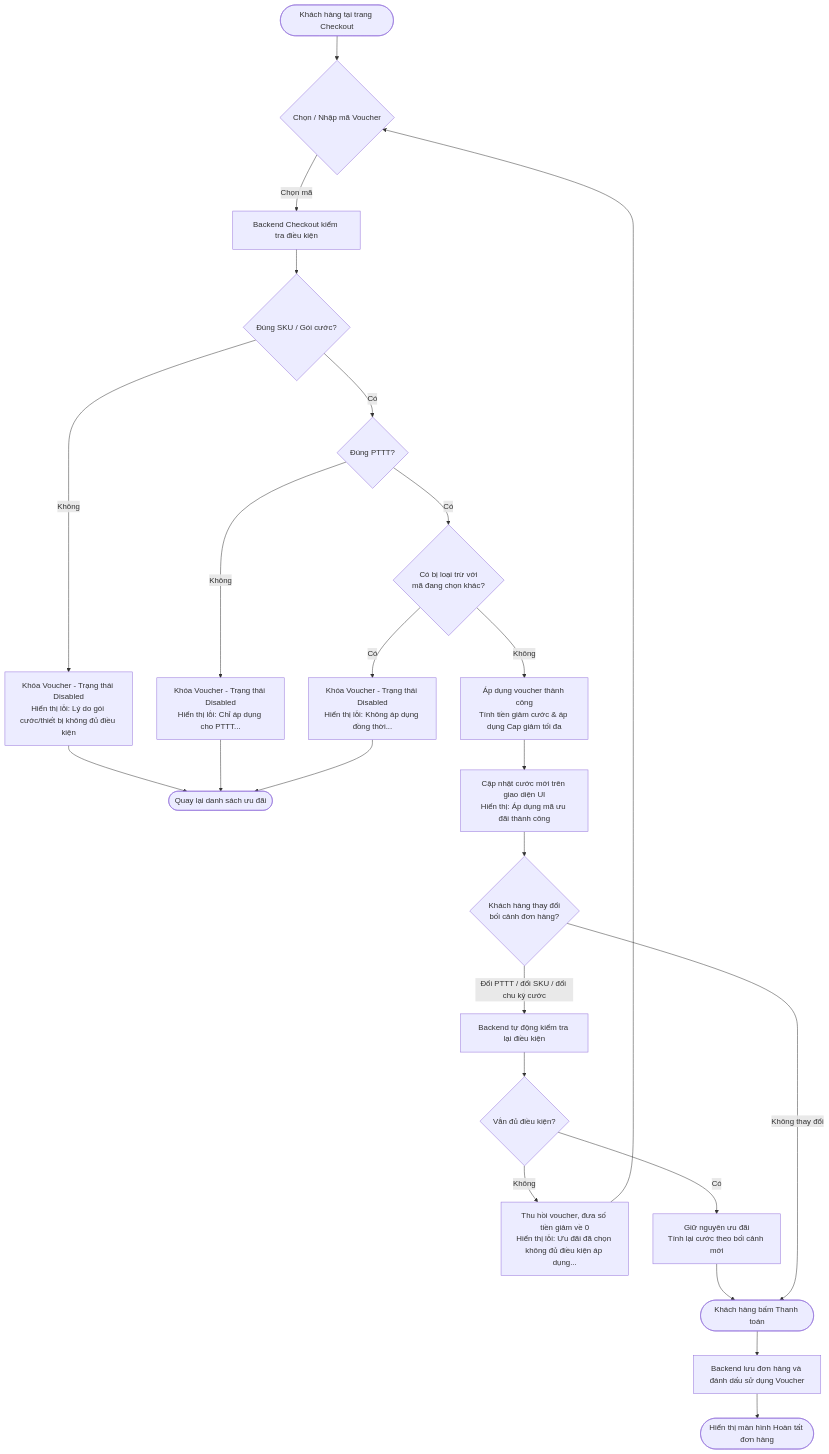
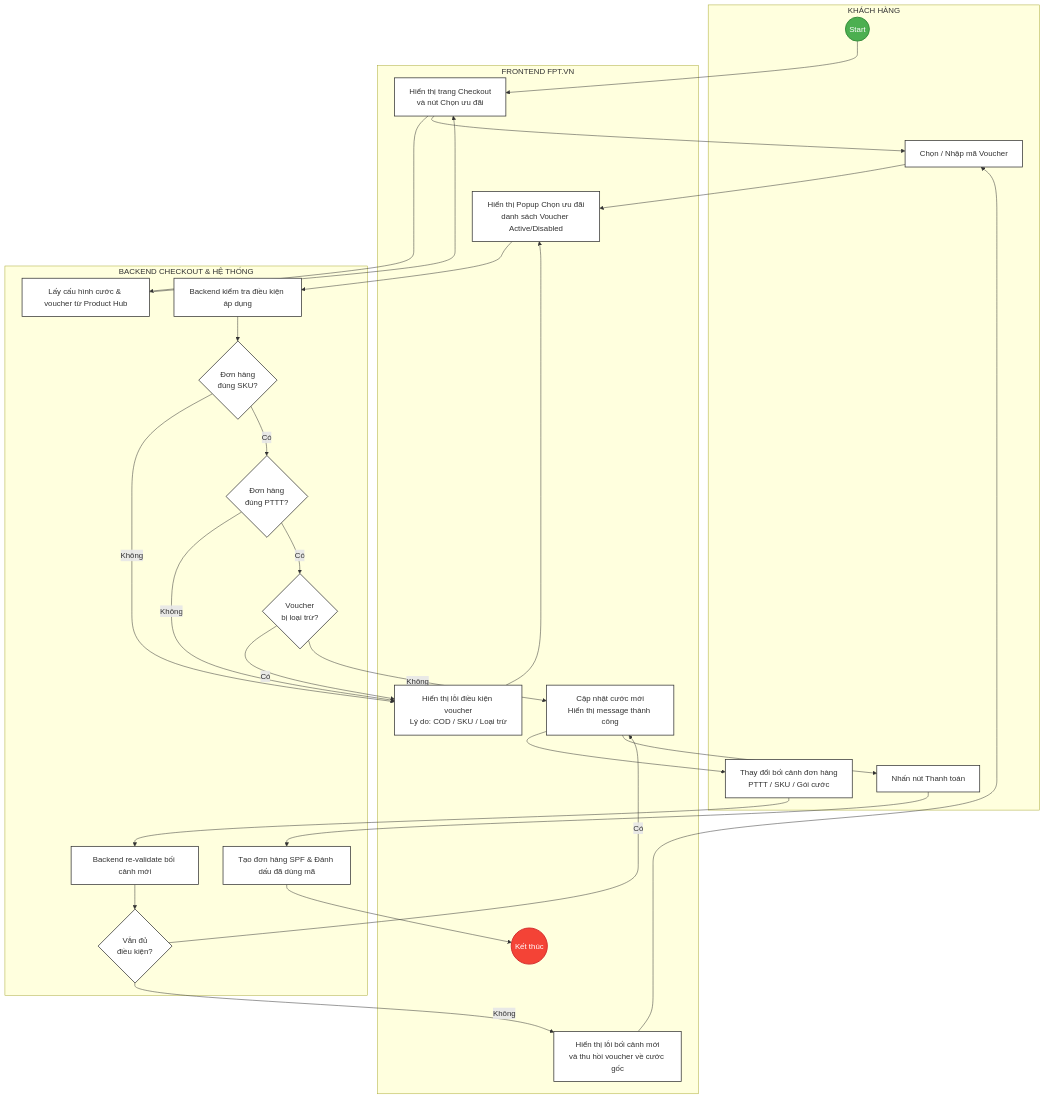
Before and after one commit to hathuy2706-BA/FPT: the diagram in diagrams/voucher_flow.md, drawn with Mermaid. The commit also changed other lines of this file and 1 other file, not shown here.

Commit message:
docs: update URD voucher flow diagram using swimlane flowchart

````diff
--- a/diagrams/voucher_flow.md
+++ b/diagrams/voucher_flow.md
@@ -8,31 +8,78 @@
 ```mermaid
-%%{init: { 'theme': 'default' } }%%
+%%{init: { 'theme': 'default', 'flowchart': { 'curve': 'stepAfter' } }%%
 flowchart TD
-    Start([Khách hàng tại trang Checkout]) --> SelectVoucher{Chọn / Nhập mã Voucher}
+    %% Định nghĩa các lớp style
+    classDef startClass fill:#4CAF50,stroke:#388E3C,stroke-width:2px,color:#fff;
+    classDef endClass fill:#F44336,stroke:#D32F2F,stroke-width:2px,color:#fff;
+    classDef stepClass fill:#fff,stroke:#333,stroke-width:1.5px;
+    classDef decisionClass fill:#fff,stroke:#333,stroke-width:1.5px;
+
+    subgraph L_KH[KHÁCH HÀNG]
+        Node_Start((Start))
+        Node_SelectVoucher[Chọn / Nhập mã Voucher]
+        Node_ChangeContext[Thay đổi bối cảnh đơn hàng<br/>PTTT / SKU / Gói cước]
+        Node_Pay[Nhấn nút Thanh toán]
+    end
+
+    subgraph L_FE[FRONTEND FPT.VN]
+        Node_ShowCheckout[Hiển thị trang Checkout<br/>và nút Chọn ưu đãi]
+        Node_ShowVouchers[Hiển thị Popup Chọn ưu đãi<br/>danh sách Voucher Active/Disabled]
+        Node_UpdateUI[Cập nhật cước mới<br/>Hiển thị message thành công]
+        Node_ShowError[Hiển thị lỗi điều kiện voucher<br/>Lý do: COD / SKU / Loại trừ]
+        Node_ShowContextError[Hiển thị lỗi bối cảnh mới<br/>và thu hồi voucher về cước gốc]
+        Node_SuccessPage((Kết thúc))
+    end
+
+    subgraph L_BE[BACKEND CHECKOUT & HỆ THỐNG]
+        Node_GetConfig[Lấy cấu hình cước & voucher từ Product Hub]
+        Node_Validate[Backend kiểm tra điều kiện áp dụng]
+        Node_CheckSKU{Đơn hàng<br/>đúng SKU?}
+        Node_CheckPTTT{Đơn hàng<br/>đúng PTTT?}
+        Node_CheckExcl{Voucher<br/>bị loại trừ?}
+        Node_ReValidate[Backend re-validate bối cảnh mới]
+        Node_CheckReOK{Vẫn đủ<br/>điều kiện?}
+        Node_MarkUsed[Tạo đơn hàng SPF & Đánh dấu đã dùng mã]
+    end
+
+    %% Áp dụng style class
+    class Node_Start startClass;
+    class Node_SuccessPage endClass;
+    class Node_SelectVoucher,Node_ChangeContext,Node_Pay,Node_ShowCheckout,Node_ShowVouchers,Node_UpdateUI,Node_ShowError,Node_ShowContextError,Node_GetConfig,Node_Validate,Node_ReValidate,Node_MarkUsed stepClass;
+    class Node_CheckSKU,Node_CheckPTTT,Node_CheckExcl,Node_CheckReOK decisionClass;
+
+    %% Luồng kết nối giữa các node
+    Node_Start --> Node_ShowCheckout
+    Node_ShowCheckout --> Node_GetConfig
+    Node_GetConfig --> Node_ShowCheckout
     
-    SelectVoucher -->|Chọn mã| CheckConditions[Backend Checkout kiểm tra điều kiện]
+    Node_ShowCheckout --> Node_SelectVoucher
+    Node_SelectVoucher --> Node_ShowVouchers
+    Node_ShowVouchers --> Node_Validate
     
-    CheckConditions --> CheckSKU{Đúng SKU / Gói cước?}
-    CheckSKU -->|Không| DisableSKU[Khóa Voucher - Trạng thái Disabled<br/>Hiển thị lỗi: Lý do gói cước/thiết bị không đủ điều kiện] --> EndSelect([Quay lại danh sách ưu đãi])
-    CheckSKU -->|Có| CheckPTTT{Đúng PTTT?}
+    Node_Validate --> Node_CheckSKU
     
-    CheckPTTT -->|Không| DisablePTTT[Khóa Voucher - Trạng thái Disabled<br/>Hiển thị lỗi: Chỉ áp dụng cho PTTT...] --> EndSelect
-    CheckPTTT -->|Có| CheckExclusion{Có bị loại trừ với<br/>mã đang chọn khác?}
+    Node_CheckSKU -->|Không| Node_ShowError
+    Node_CheckSKU -->|Có| Node_CheckPTTT
     
-    CheckExclusion -->|Có| DisableExcl[Khóa Voucher - Trạng thái Disabled<br/>Hiển thị lỗi: Không áp dụng đồng thời...] --> EndSelect
-    CheckExclusion -->|Không| ApplySuccess[Áp dụng voucher thành công<br/>Tính tiền giảm cước & áp dụng Cap giảm tối đa]
+    Node_CheckPTTT -->|Không| Node_ShowError
+    Node_CheckPTTT -->|Có| Node_CheckExcl
     
-    ApplySuccess --> UpdateCheckout[Cập nhật cước mới trên giao diện UI<br/>Hiển thị: Áp dụng mã ưu đãi thành công]
+    Node_CheckExcl -->|Có| Node_ShowError
+    Node_CheckExcl -->|Không| Node_UpdateUI
     
-    UpdateCheckout --> CheckoutActive{Khách hàng thay đổi<br/>bối cảnh đơn hàng?}
+    Node_ShowError --> Node_ShowVouchers
     
-    CheckoutActive -->|Đổi PTTT / đổi SKU / đổi chu kỳ cước| ReValidate[Backend tự động kiểm tra lại điều kiện]
-    ReValidate --> ReCheckOK{Vẫn đủ điều kiện?}
-    ReCheckOK -->|Không| RevokeVoucher[Thu hồi voucher, đưa số tiền giảm về 0<br/>Hiển thị lỗi: Ưu đãi đã chọn không đủ điều kiện áp dụng...] --> SelectVoucher
-    ReCheckOK -->|Có| KeepVoucher[Giữ nguyên ưu đãi<br/>Tính lại cước theo bối cảnh mới] --> PayOrder
+    Node_UpdateUI --> Node_ChangeContext
+    Node_UpdateUI --> Node_Pay
     
-    CheckoutActive -->|Không thay đổi| PayOrder([Khách hàng bấm Thanh toán])
+    Node_ChangeContext --> Node_ReValidate
+    Node_ReValidate --> Node_CheckReOK
     
-    PayOrder --> MarkUsed[Backend lưu đơn hàng và đánh dấu sử dụng Voucher]
-    MarkUsed --> SuccessPage([Hiển thị màn hình Hoàn tất đơn hàng])
+    Node_CheckReOK -->|Không| Node_ShowContextError
+    Node_CheckReOK -->|Có| Node_UpdateUI
+    
+    Node_ShowContextError --> Node_SelectVoucher
+    
+    Node_Pay --> Node_MarkUsed
+    Node_MarkUsed --> Node_SuccessPage
 ```
````
